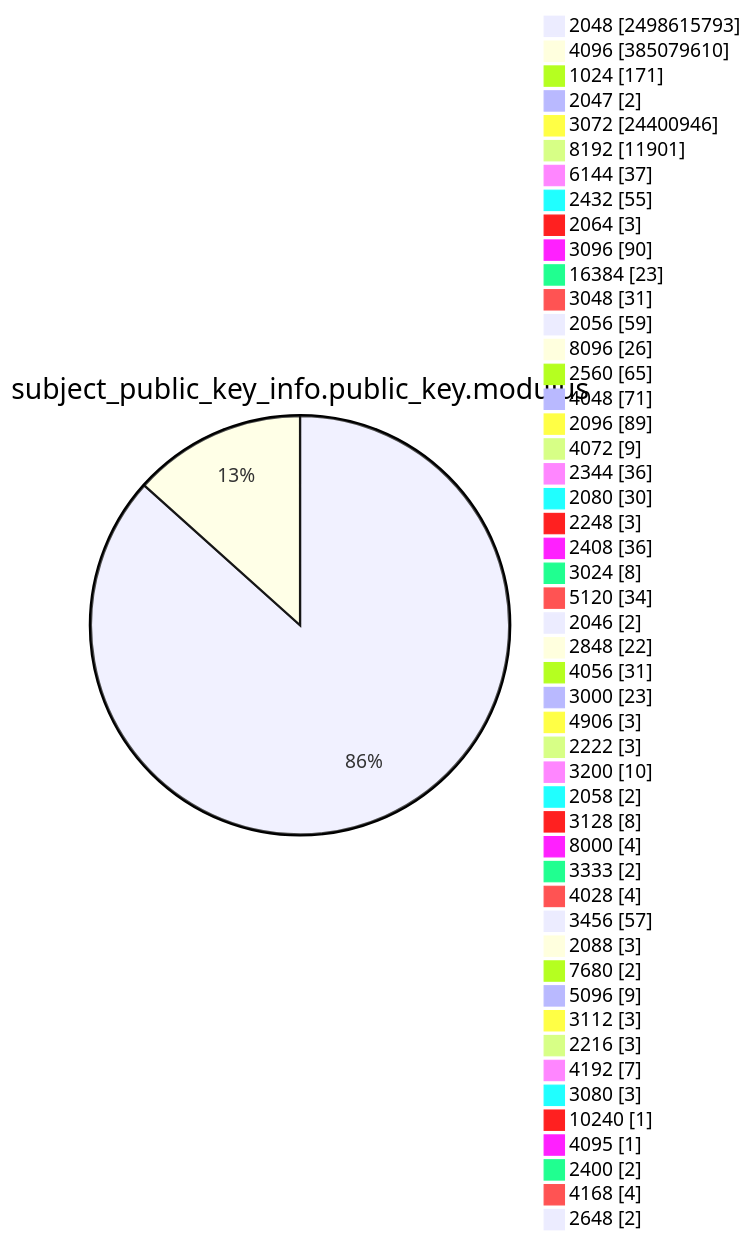
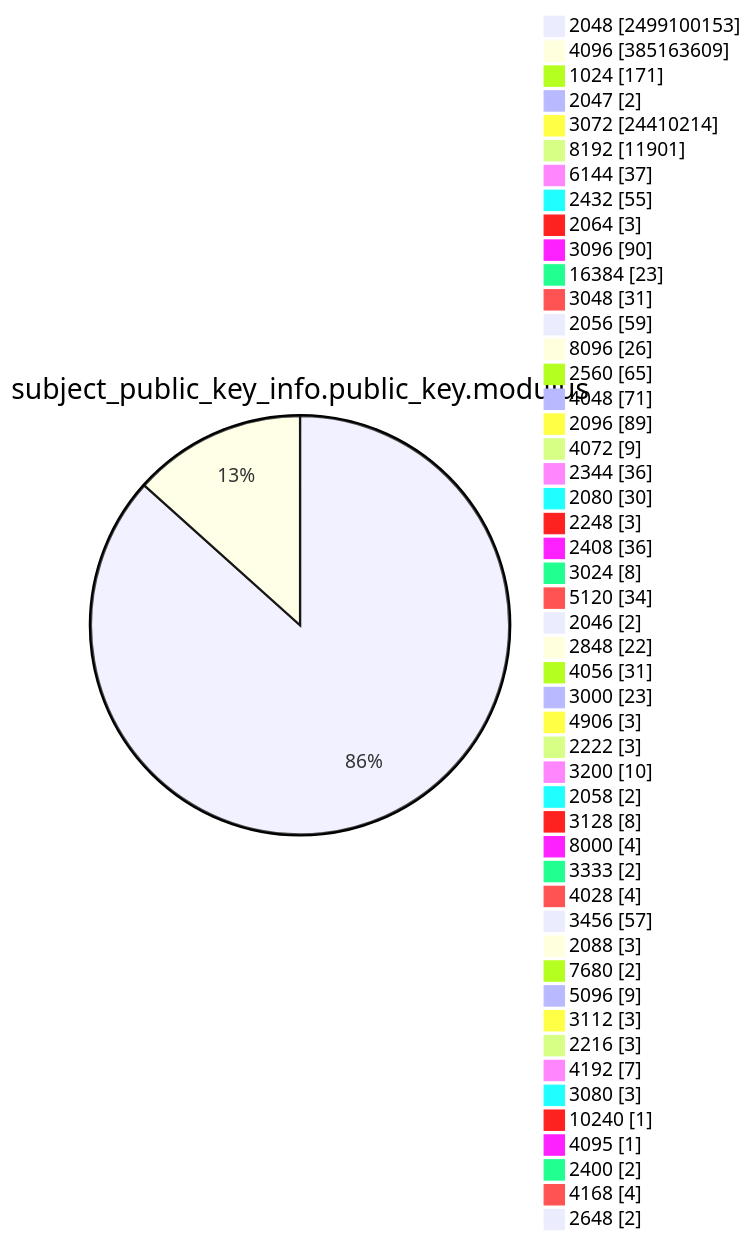
Before and after one commit to christiankrug/ctmonitor_visualization: diagram 13 of 15 in TOTAL/README.md, drawn with Mermaid. The commit also changed other lines of this file, not shown here.

````diff
--- a/TOTAL/README.md
+++ b/TOTAL/README.md
@@ -4169,53 +4169,53 @@
 ```mermaid
 pie showData
 title subject_public_key_info.public_key.modulus
-"2048" :2498615793
-"4096" :385079610
+"2048" :2499100153
+"4096" :385163609
 "1024" :171
 "2047" :2
-"3072" :24400946
+"3072" :24410214
 "8192" :11901
 "6144" :37
 "2432" :55
 "2064" :3
 "3096" :90
 "16384" :23
 "3048" :31
 "2056" :59
 "8096" :26
 "2560" :65
 "4048" :71
 "2096" :89
 "4072" :9
 "2344" :36
 "2080" :30
 "2248" :3
 "2408" :36
 "3024" :8
 "5120" :34
 "2046" :2
 "2848" :22
 "4056" :31
 "3000" :23
 "4906" :3
 "2222" :3
 "3200" :10
 "2058" :2
 "3128" :8
 "8000" :4
 "3333" :2
 "4028" :4
 "3456" :57
 "2088" :3
 "7680" :2
 "5096" :9
 "3112" :3
 "2216" :3
 "4192" :7
 "3080" :3
 "10240" :1
 "4095" :1
 "2400" :2
 "4168" :4
 "2648" :2
 ```
````
